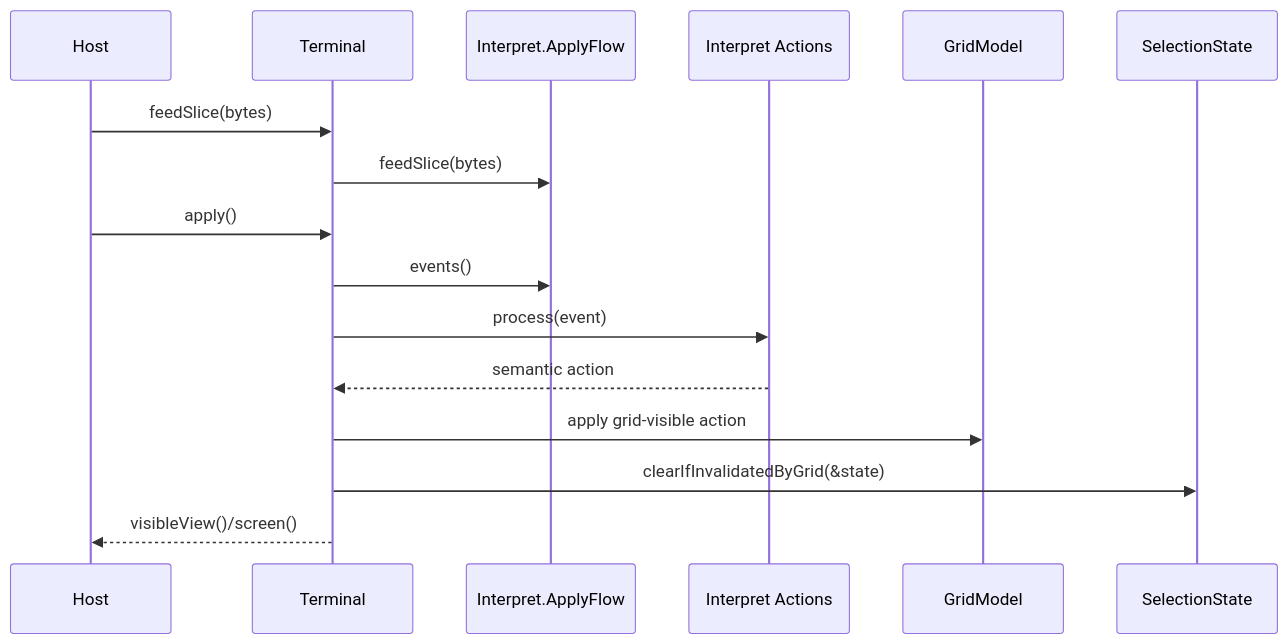
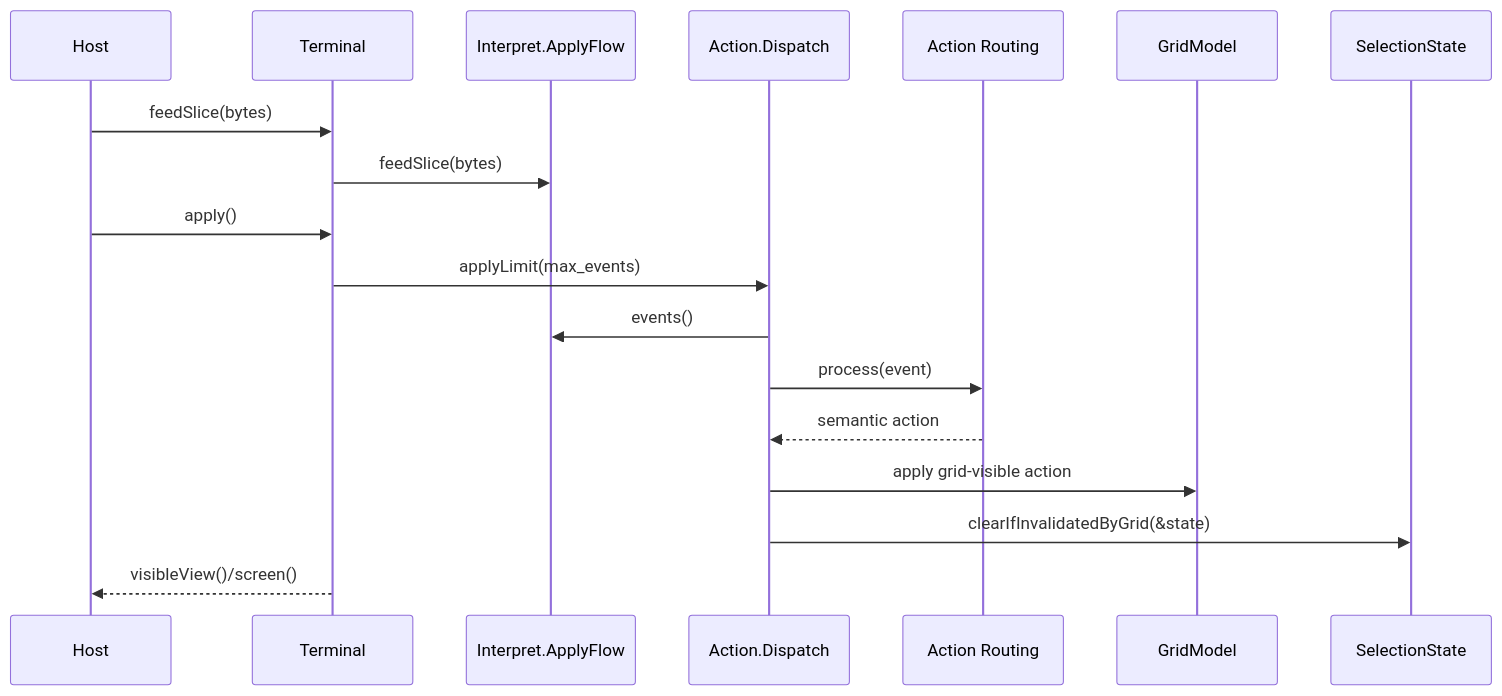
Before and after one commit to LaurenceGuws/howl-vt: the third of 4 diagrams in design.md, drawn with Mermaid. The commit also changed other lines of this file and 51 other files, not shown here.

````diff
--- a/design.md
+++ b/design.md
@@ -87,19 +117,21 @@
 ```mermaid
 sequenceDiagram
     participant Host
     participant V as Terminal
     participant F as Interpret.ApplyFlow
-    participant A as Interpret Actions
+    participant D as Action.Dispatch
+    participant A as Action Routing
     participant G as GridModel
     participant S as SelectionState
 
     Host->>V: feedSlice(bytes)
     V->>F: feedSlice(bytes)
     Host->>V: apply()
-    V->>F: events()
-    V->>A: process(event)
-    A-->>V: semantic action
-    V->>G: apply grid-visible action
-    V->>S: clearIfInvalidatedByGrid(&state)
+    V->>D: applyLimit(max_events)
+    D->>F: events()
+    D->>A: process(event)
+    A-->>D: semantic action
+    D->>G: apply grid-visible action
+    D->>S: clearIfInvalidatedByGrid(&state)
     V-->>Host: visibleView()/screen()
 ```
````
